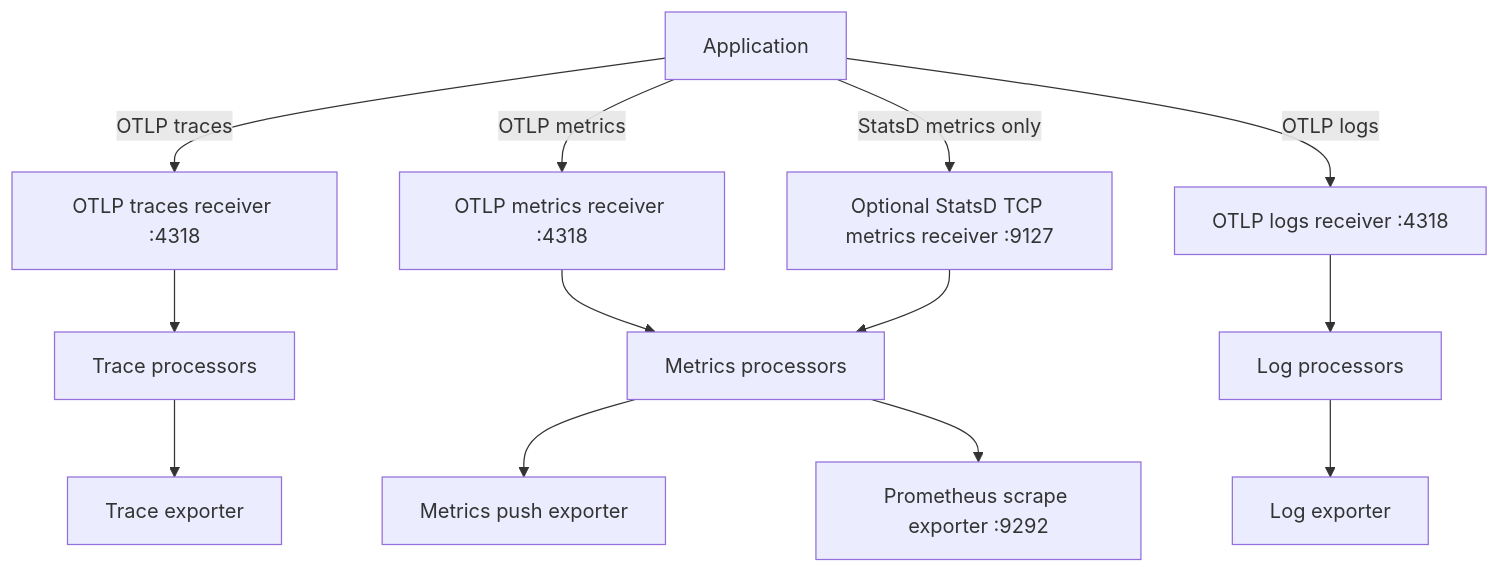
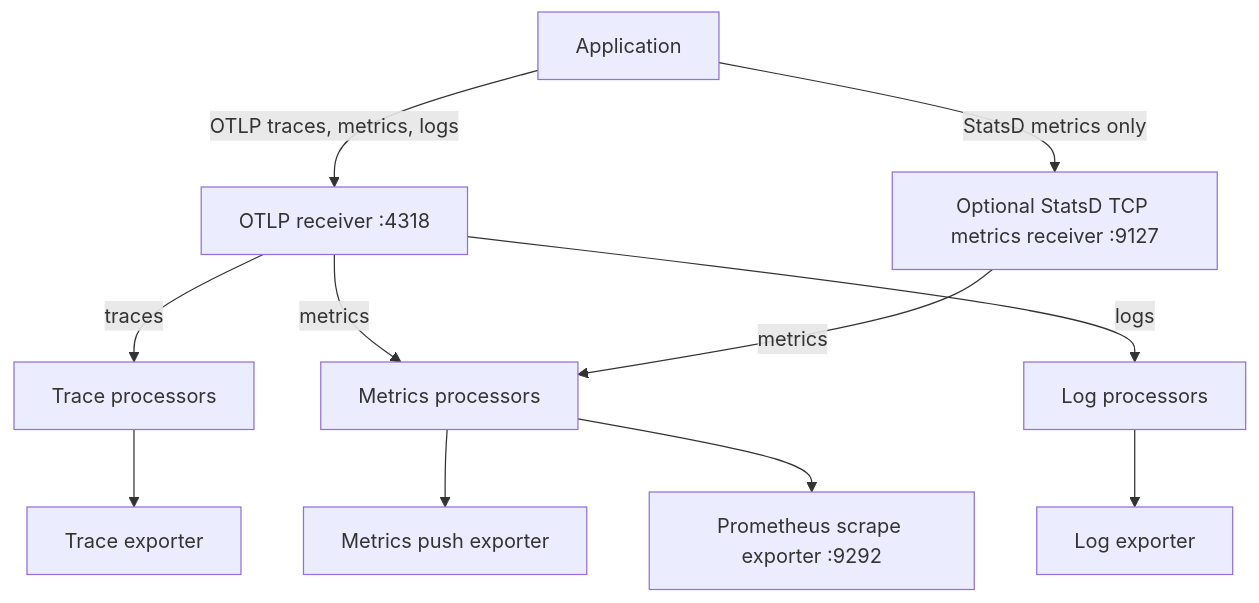
Before and after one commit to shakacode/control-plane-flow: the second of 2 diagrams in docs/telemetry/pipelines.md, drawn with Mermaid. The commit also changed 1 other file, not shown here.

Commit message:
Document telemetry collector safeguards

````diff
--- a/docs/telemetry/pipelines.md
+++ b/docs/telemetry/pipelines.md
@@ -26,24 +26,22 @@
 ```mermaid
 flowchart TB
   app["Application"]
-  otlp_traces["OTLP traces receiver :4318"]
-  otlp_metrics["OTLP metrics receiver :4318"]
-  otlp_logs["OTLP logs receiver :4318"]
+  otlp["OTLP receiver :4318"]
   statsd["Optional StatsD TCP metrics receiver :9127"]
   traces_processors["Trace processors"]
   metrics_processors["Metrics processors"]
   logs_processors["Log processors"]
   traces["Trace exporter"]
   metrics_push["Metrics push exporter"]
   prometheus["Prometheus scrape exporter :9292"]
   logs["Log exporter"]
 
-  app -->|"OTLP traces"| otlp_traces
-  app -->|"OTLP metrics"| otlp_metrics
-  app -->|"OTLP logs"| otlp_logs
+  app -->|"OTLP traces, metrics, logs"| otlp
   app -->|"StatsD metrics only"| statsd
-  otlp_traces --> traces_processors --> traces
-  otlp_metrics --> metrics_processors --> metrics_push
-  statsd --> metrics_processors --> prometheus
-  otlp_logs --> logs_processors --> logs
+  otlp -->|"traces"| traces_processors --> traces
+  otlp -->|"metrics"| metrics_processors
+  statsd -->|"metrics"| metrics_processors
+  metrics_processors --> metrics_push
+  metrics_processors --> prometheus
+  otlp -->|"logs"| logs_processors --> logs
 ```
````
